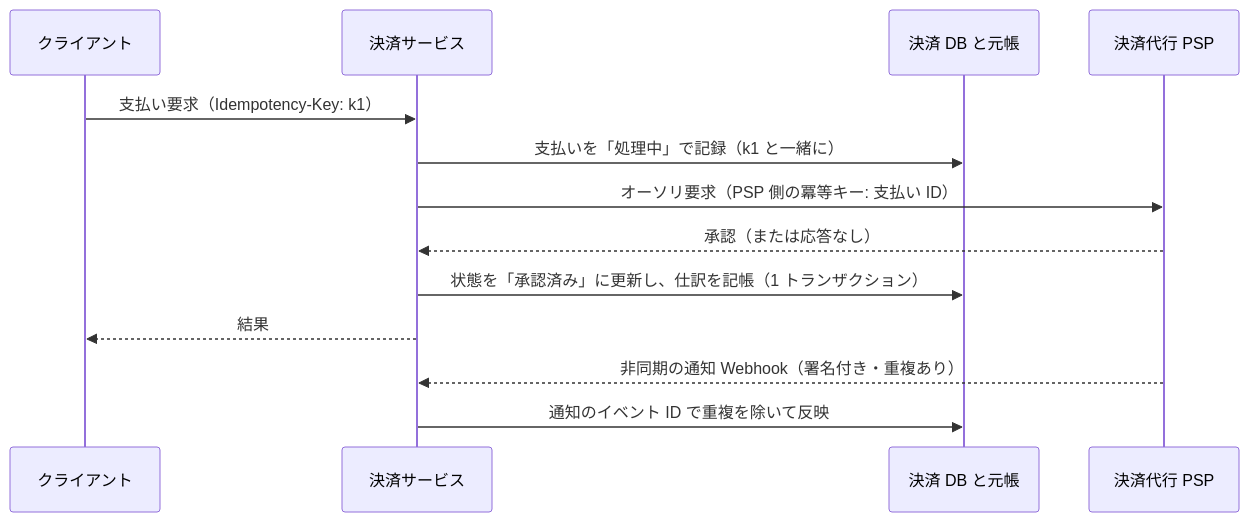
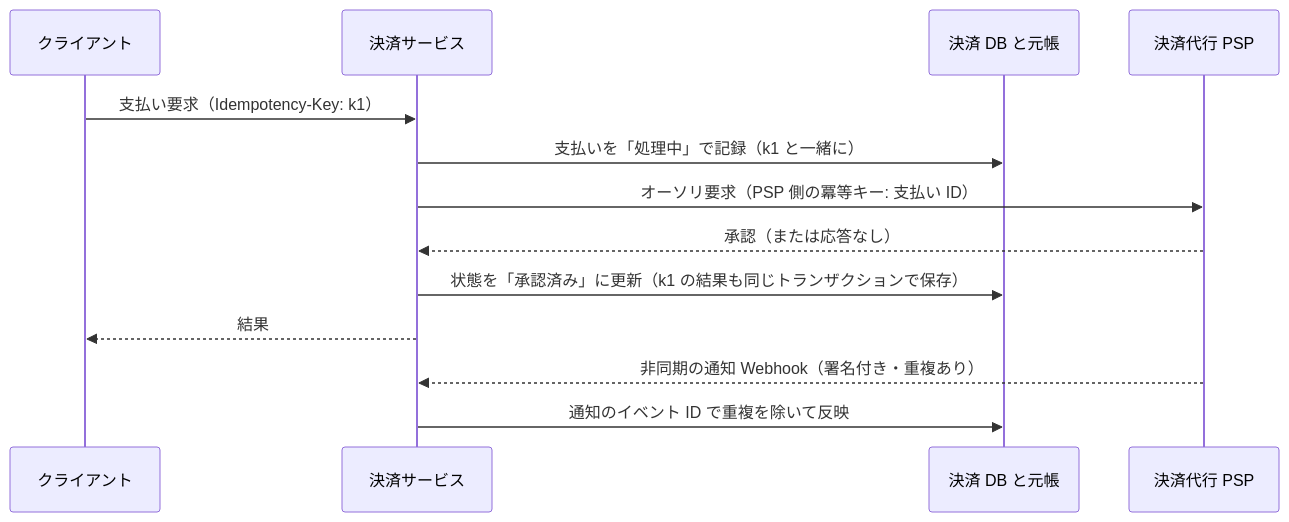
Before and after one commit to raku1chi/study-cs: the seventh of 8 diagrams in 09-architecture/06-system-design-cases/README.md, drawn with Mermaid. The commit also changed other lines of this file and 7 other files, not shown here.

````diff
--- a/09-architecture/06-system-design-cases/README.md
+++ b/09-architecture/06-system-design-cases/README.md
@@ -343,15 +343,15 @@
 ```mermaid
 sequenceDiagram
   participant C as クライアント
   participant P as 決済サービス
   participant DB as 決済 DB と元帳
   participant G as 決済代行 PSP
   C->>P: 支払い要求（Idempotency-Key: k1）
   P->>DB: 支払いを「処理中」で記録（k1 と一緒に）
   P->>G: オーソリ要求（PSP 側の冪等キー: 支払い ID）
   G-->>P: 承認（または応答なし）
-  P->>DB: 状態を「承認済み」に更新し、仕訳を記帳（1 トランザクション）
+  P->>DB: 状態を「承認済み」に更新（k1 の結果も同じトランザクションで保存）
   P-->>C: 結果
   G-->>P: 非同期の通知 Webhook（署名付き・重複あり）
   P->>DB: 通知のイベント ID で重複を除いて反映
 ```
````
